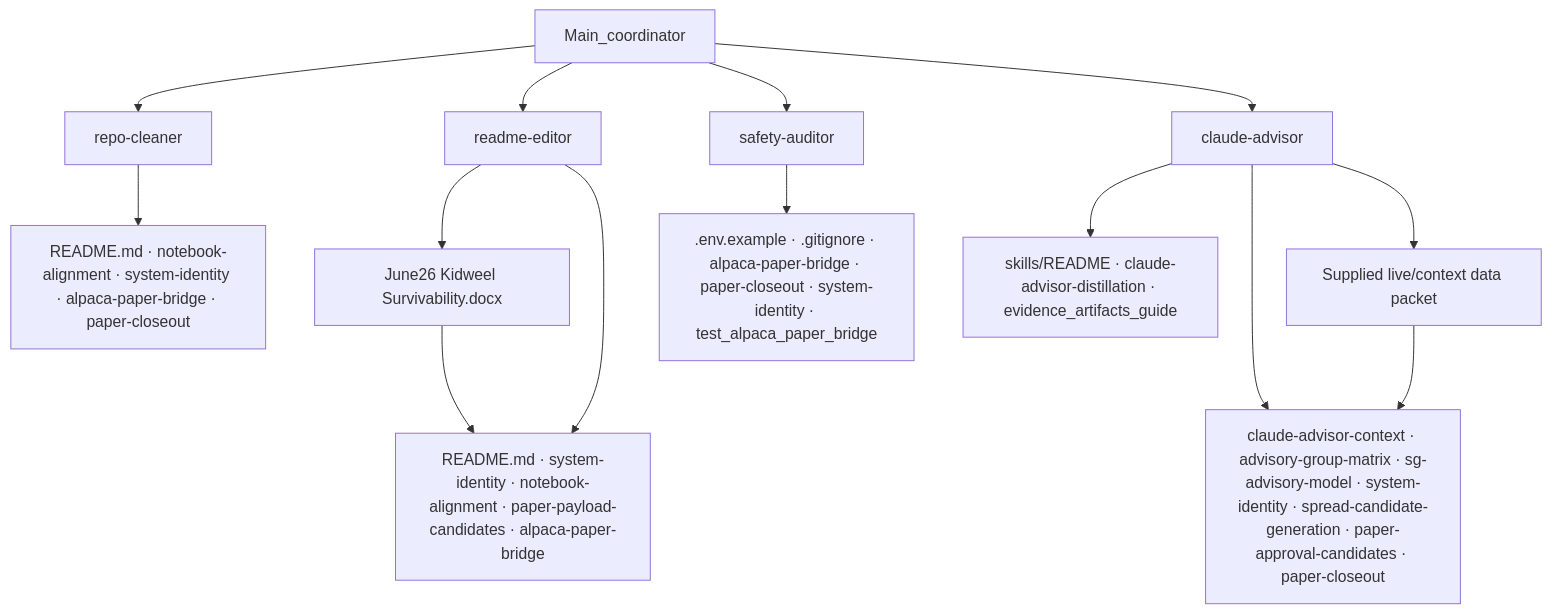
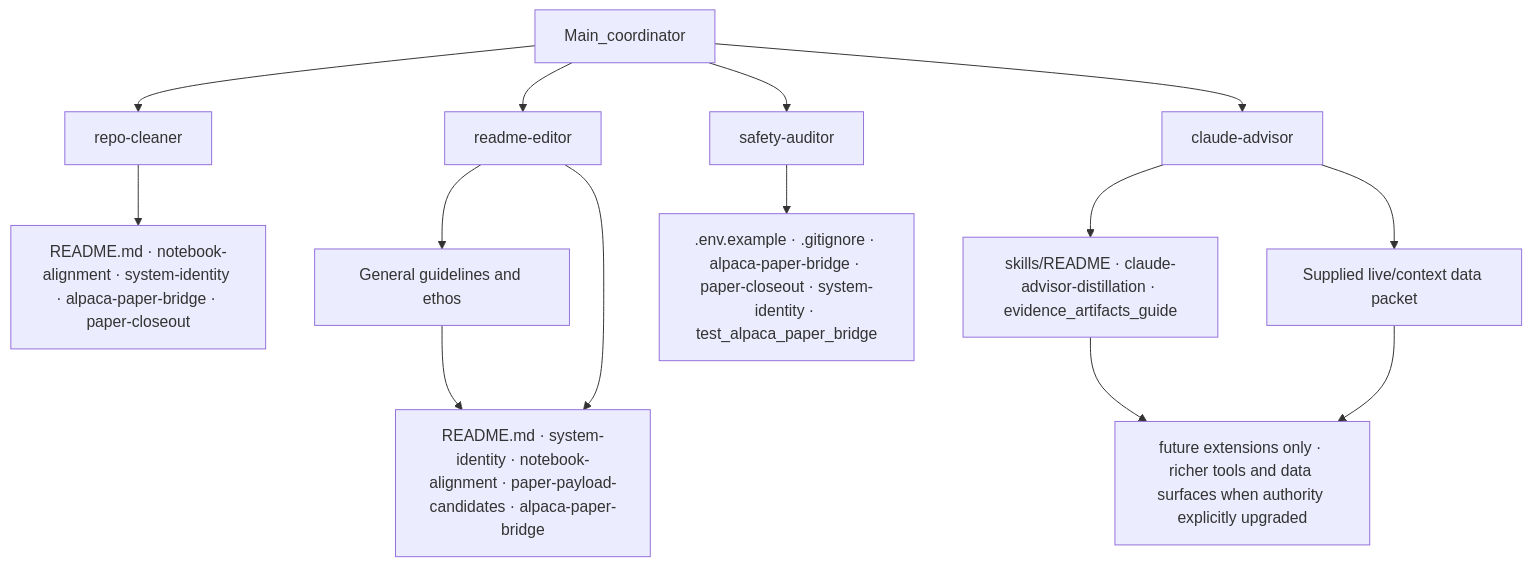
The diagram in docs/subagency-proof.md (VadeOneBX/kidweel-capstone), drawn with Mermaid before and after one commit. The commit also changed other lines of this file and 7 other files, not shown here.

````diff
--- a/docs/subagency-proof.md
+++ b/docs/subagency-proof.md
@@ -77,22 +146,22 @@
 ```mermaid
 flowchart TB
   coordinator[Main_coordinator]
 
   coordinator --> repo_cleaner[repo-cleaner]
   coordinator --> readme_editor[readme-editor]
   coordinator --> safety_auditor[safety-auditor]
   coordinator --> claude_advisor[claude-advisor]
 
   repo_cleaner --> rc_refs["README.md · notebook-alignment · system-identity · alpaca-paper-bridge · paper-closeout"]
 
-  readme_editor --> re_surv["June26 Kidweel Survivability.docx"]
+  readme_editor --> re_ethos["General guidelines and ethos"]
   readme_editor --> re_refs["README.md · system-identity · notebook-alignment · paper-payload-candidates · alpaca-paper-bridge"]
-  re_surv --> re_refs
+  re_ethos --> re_refs
 
   safety_auditor --> sa_refs[".env.example · .gitignore · alpaca-paper-bridge · paper-closeout · system-identity · test_alpaca_paper_bridge"]
 
   claude_advisor --> ca_skills["skills/README · claude-advisor-distillation · evidence_artifacts_guide"]
-  claude_advisor --> ca_refs["claude-advisor-context · advisory-group-matrix · sg-advisory-model · system-identity · spread-candidate-generation · paper-approval-candidates · paper-closeout"]
   claude_advisor --> ca_live["Supplied live/context data packet"]
-  ca_live --> ca_refs
+  ca_skills --> ca_adapt["future extensions only · richer tools and data surfaces when authority explicitly upgraded"]
+  ca_live --> ca_adapt
 ```
````
